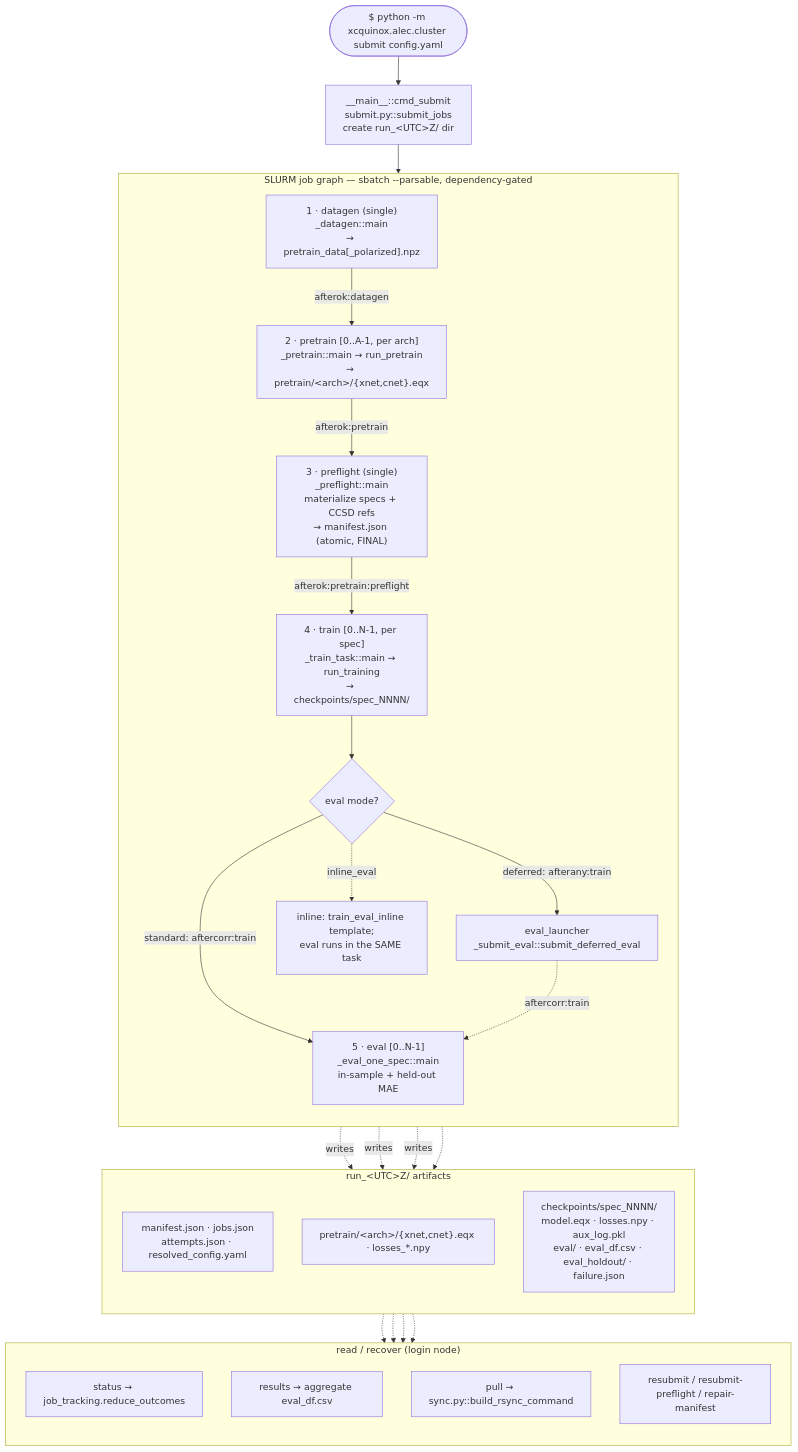
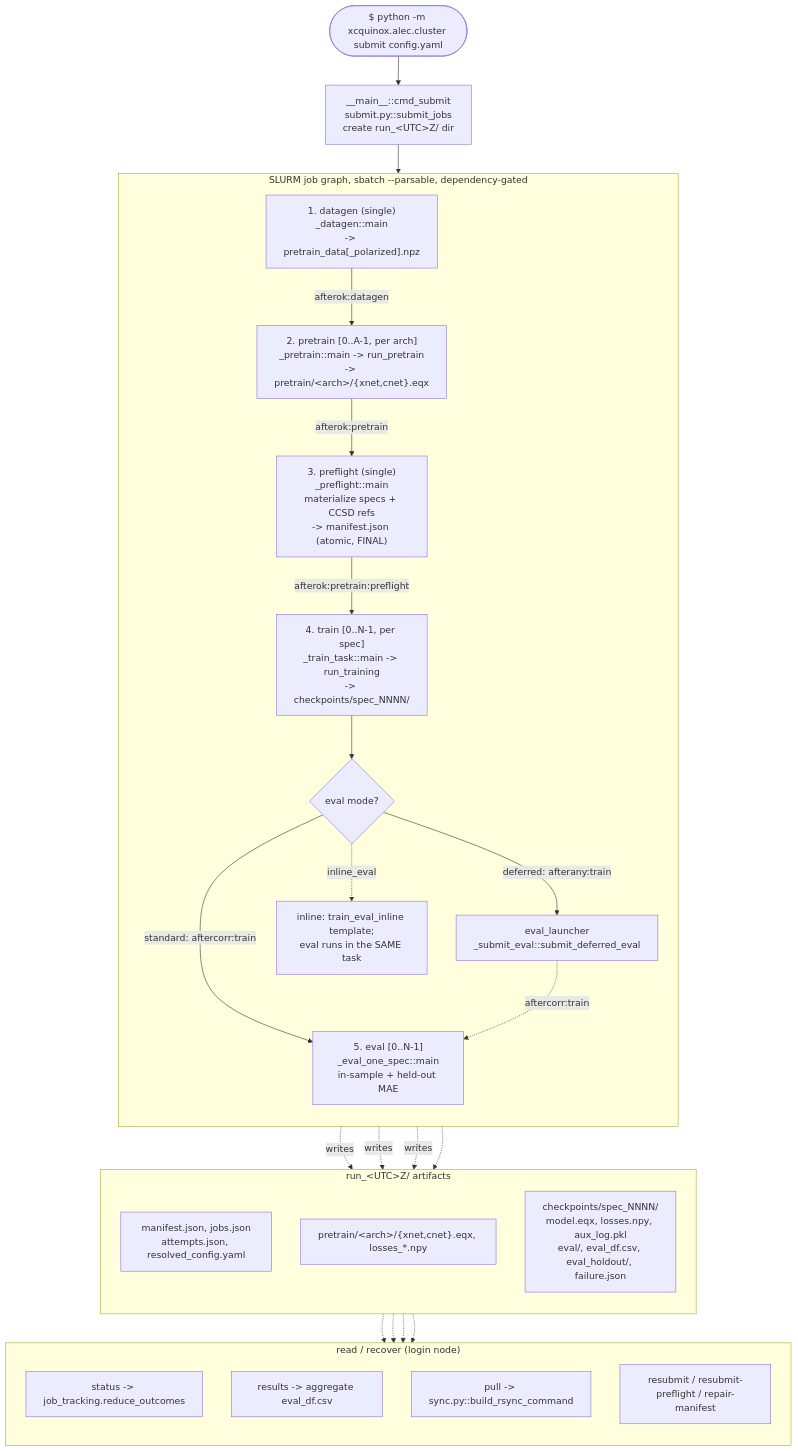
Before and after one commit to alecpwills/xcquinox: the first of 4 diagrams in docs/architecture/alec_training_flow.md, drawn with Mermaid. The commit also changed other lines of this file and 14 other files, not shown here.

Commit message:
revise user guide and architecture diagrams

````diff
--- a/docs/architecture/alec_training_flow.md
+++ b/docs/architecture/alec_training_flow.md
@@ -41,45 +41,45 @@
 ```mermaid
 flowchart TB
   cli(["$ python -m xcquinox.alec.cluster submit config.yaml"]) --> submit["__main__::cmd_submit<br/>submit.py::submit_jobs<br/>create run_&lt;UTC&gt;Z/ dir"]
-  subgraph stages["SLURM job graph — sbatch --parsable, dependency-gated"]
+  subgraph stages["SLURM job graph, sbatch --parsable, dependency-gated"]
     direction TB
-    datagen["1 · datagen (single)<br/>_datagen::main<br/>→ pretrain_data[_polarized].npz"]
-    pretrain["2 · pretrain [0..A-1, per arch]<br/>_pretrain::main → run_pretrain<br/>→ pretrain/&lt;arch&gt;/{xnet,cnet}.eqx"]
-    preflight["3 · preflight (single)<br/>_preflight::main<br/>materialize specs + CCSD refs<br/>→ manifest.json (atomic, FINAL)"]
-    train["4 · train [0..N-1, per spec]<br/>_train_task::main → run_training<br/>→ checkpoints/spec_NNNN/"]
+    datagen["1. datagen (single)<br/>_datagen::main<br/>-> pretrain_data[_polarized].npz"]
+    pretrain["2. pretrain [0..A-1, per arch]<br/>_pretrain::main -> run_pretrain<br/>-> pretrain/&lt;arch&gt;/{xnet,cnet}.eqx"]
+    preflight["3. preflight (single)<br/>_preflight::main<br/>materialize specs + CCSD refs<br/>-> manifest.json (atomic, FINAL)"]
+    train["4. train [0..N-1, per spec]<br/>_train_task::main -> run_training<br/>-> checkpoints/spec_NNNN/"]
     evalmode{"eval mode?"}
-    evalstd["5 · eval [0..N-1]<br/>_eval_one_spec::main<br/>in-sample + held-out MAE"]
+    evalstd["5. eval [0..N-1]<br/>_eval_one_spec::main<br/>in-sample + held-out MAE"]
     launcher["eval_launcher<br/>_submit_eval::submit_deferred_eval"]
     inlinenote["inline: train_eval_inline template;<br/>eval runs in the SAME task"]
     datagen -->|afterok:datagen| pretrain
     pretrain -->|afterok:pretrain| preflight
     preflight -->|afterok:pretrain:preflight| train
     train --> evalmode
     evalmode -->|standard: aftercorr:train| evalstd
     evalmode -->|deferred: afterany:train| launcher
     launcher -.->|aftercorr:train| evalstd
     evalmode -.->|inline_eval| inlinenote
   end
   submit --> datagen
   subgraph art["run_&lt;UTC&gt;Z/ artifacts"]
     direction TB
-    a_meta["manifest.json · jobs.json<br/>attempts.json · resolved_config.yaml"]
-    a_pre["pretrain/&lt;arch&gt;/{xnet,cnet}.eqx · losses_*.npy"]
-    a_ckpt["checkpoints/spec_NNNN/<br/>model.eqx · losses.npy · aux_log.pkl<br/>eval/ · eval_df.csv · eval_holdout/ · failure.json"]
+    a_meta["manifest.json, jobs.json<br/>attempts.json, resolved_config.yaml"]
+    a_pre["pretrain/&lt;arch&gt;/{xnet,cnet}.eqx, losses_*.npy"]
+    a_ckpt["checkpoints/spec_NNNN/<br/>model.eqx, losses.npy, aux_log.pkl<br/>eval/, eval_df.csv, eval_holdout/, failure.json"]
   end
   pretrain -.->|writes| a_pre
   preflight -.->|writes| a_meta
   train -.->|writes| a_ckpt
   evalstd -.-> a_ckpt
   subgraph ops["read / recover (login node)"]
     direction TB
-    o_status["status → job_tracking.reduce_outcomes"]
-    o_results["results → aggregate eval_df.csv"]
-    o_pull["pull → sync.py::build_rsync_command"]
+    o_status["status -> job_tracking.reduce_outcomes"]
+    o_results["results -> aggregate eval_df.csv"]
+    o_pull["pull -> sync.py::build_rsync_command"]
     o_resub["resubmit / resubmit-preflight / repair-manifest"]
   end
   a_ckpt -.-> o_status
   a_ckpt -.-> o_results
   a_meta -.-> o_pull
   a_ckpt -.-> o_resub
 ```
````
